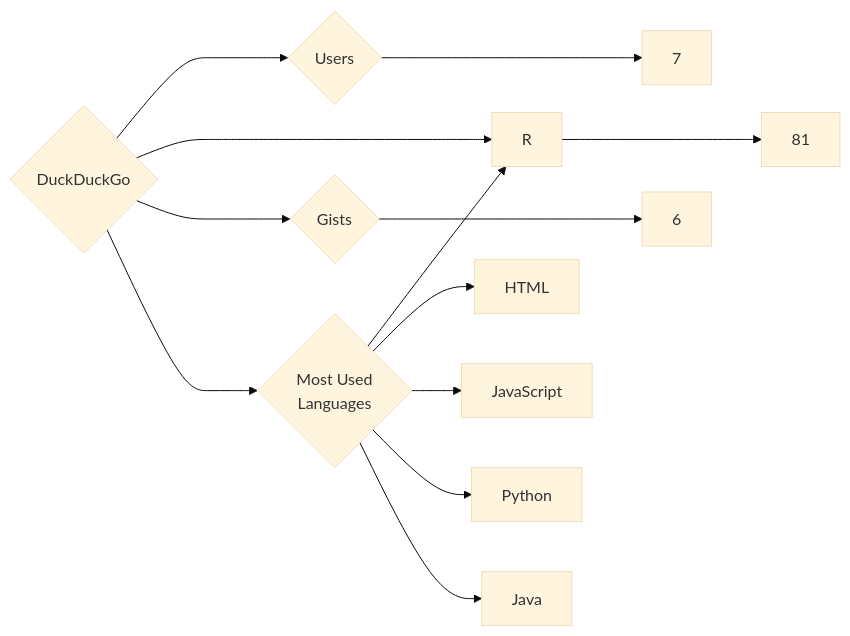
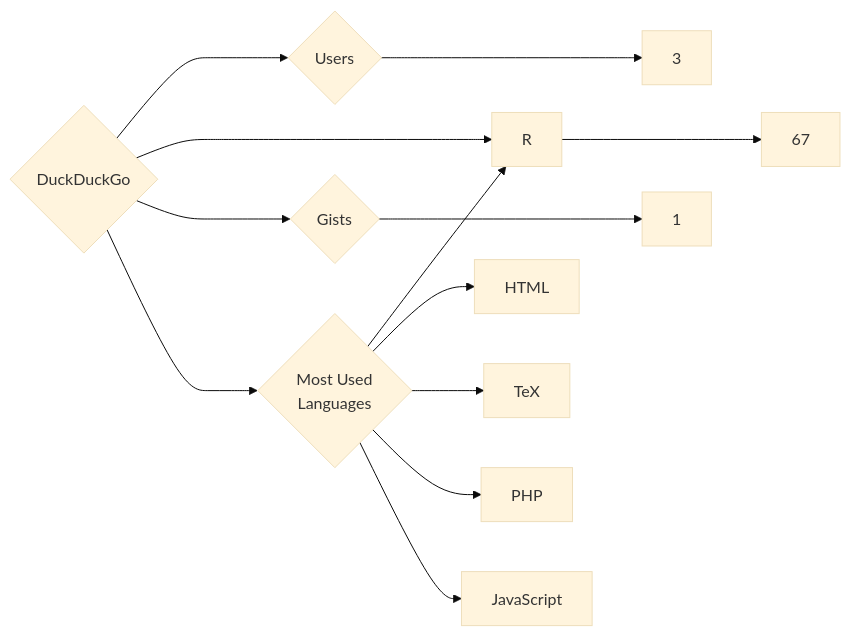
Before and after one commit to trickest/insiders: the diagram in targets/DuckDuckGo/README.md, drawn with Mermaid (base theme). The commit also changed 997 other files, not shown here.

````diff
--- a/targets/DuckDuckGo/README.md
+++ b/targets/DuckDuckGo/README.md
@@ -3,13 +3,13 @@
 ```mermaid
 graph LR
 COMPANY_NAME{DuckDuckGo}
-COMPANY_NAME ---> U{Users} ---> UN[7]
-COMPANY_NAME ---> R{Repositories} ---> RN[81]
-COMPANY_NAME ---> G{Gists} ---> GN[6]
+COMPANY_NAME ---> U{Users} ---> UN[3]
+COMPANY_NAME ---> R{Repositories} ---> RN[67]
+COMPANY_NAME ---> G{Gists} ---> GN[1]
 COMPANY_NAME ---> ML{Most Used<br>Languages}
 ML --> R[R]
 ML --> HTML[HTML]
+ML --> TeX[TeX]
+ML --> PHP[PHP]
 ML --> JavaScript[JavaScript]
-ML --> Python[Python]
-ML --> Java[Java]
 ```
````
